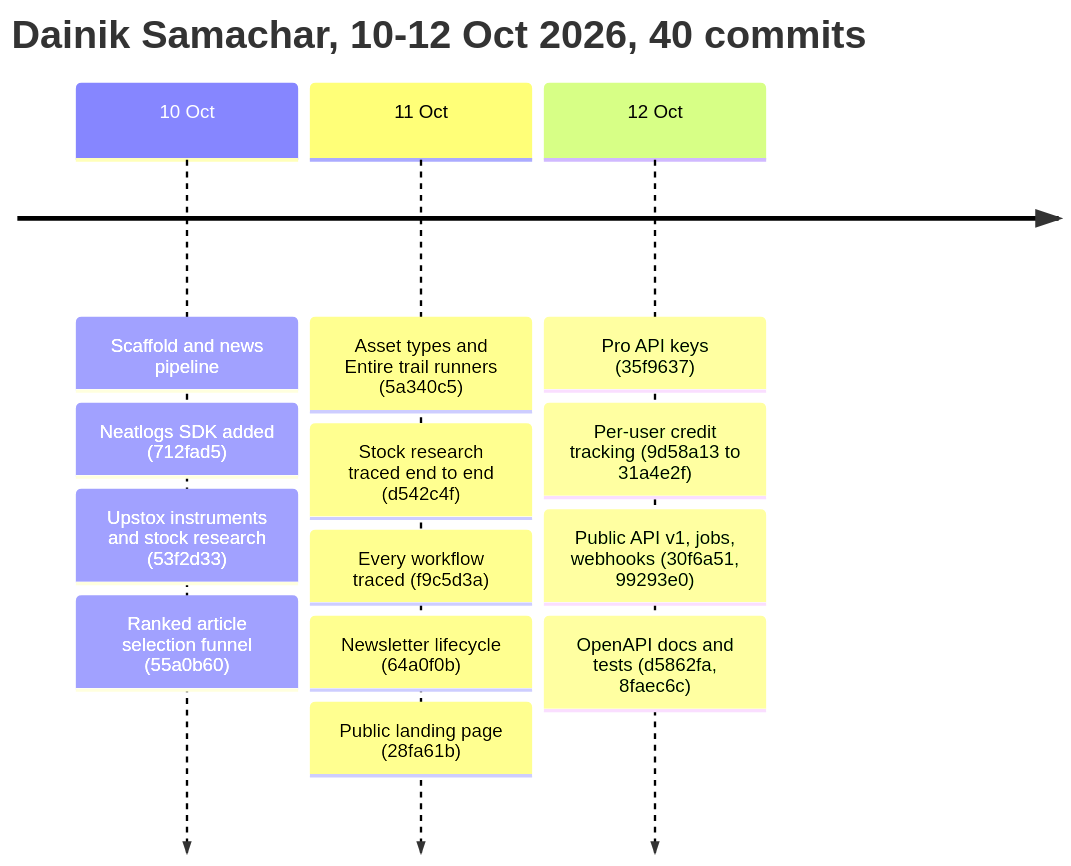
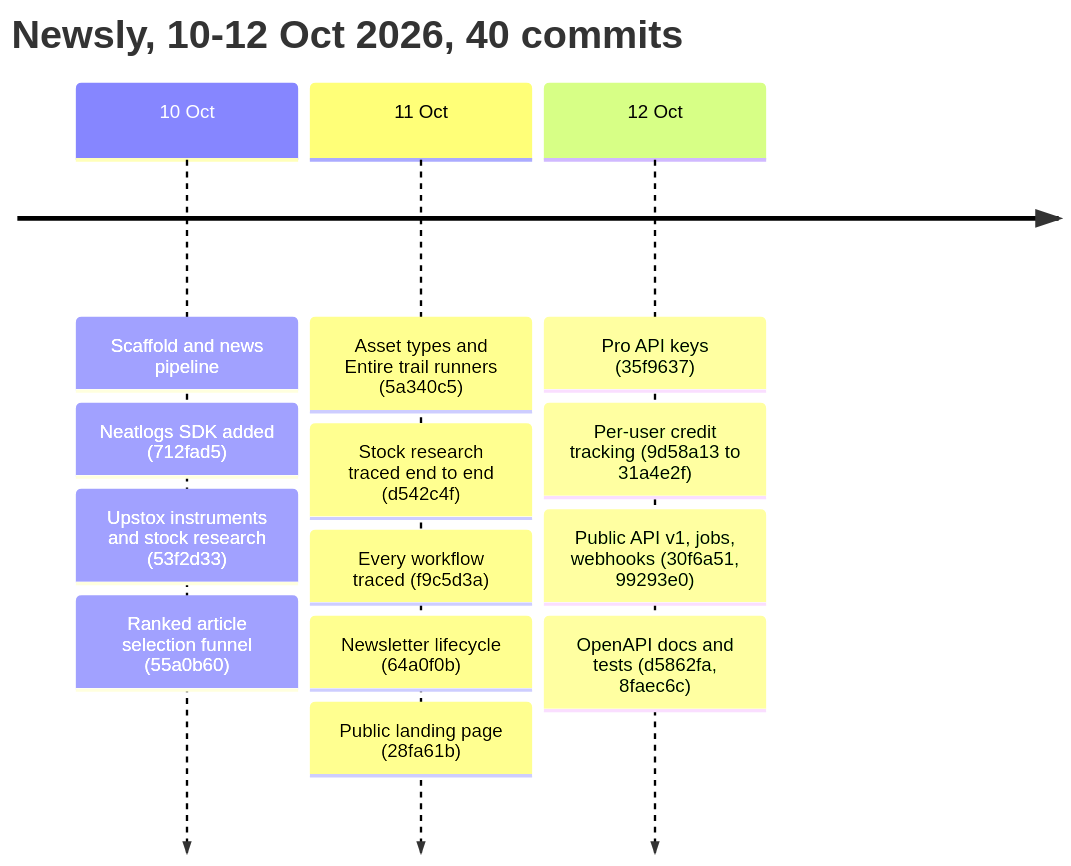
The fourth of 7 diagrams in neatlogsHackathon.md (learner-enthusiast/Newsly), drawn with Mermaid before and after one commit. The commit also changed other lines of this file and 66 other files, not shown here.

First line of the commit message:
Rename Dainik Samachar to Newsly across the codebase

````diff
--- a/neatlogsHackathon.md
+++ b/neatlogsHackathon.md
@@ -182,17 +182,17 @@
 ```mermaid
 timeline
-  title Dainik Samachar, 10-12 Oct 2026, 40 commits
+  title Newsly, 10-12 Oct 2026, 40 commits
   10 Oct : Scaffold and news pipeline
          : Neatlogs SDK added (712fad5)
          : Upstox instruments and stock research (53f2d33)
          : Ranked article selection funnel (55a0b60)
   11 Oct : Asset types and Entire trail runners (5a340c5)
          : Stock research traced end to end (d542c4f)
          : Every workflow traced (f9c5d3a)
          : Newsletter lifecycle (64a0f0b)
          : Public landing page (28fa61b)
   12 Oct : Pro API keys (35f9637)
          : Per-user credit tracking (9d58a13 to 31a4e2f)
          : Public API v1, jobs, webhooks (30f6a51, 99293e0)
          : OpenAPI docs and tests (d5862fa, 8faec6c)
 ```
````
